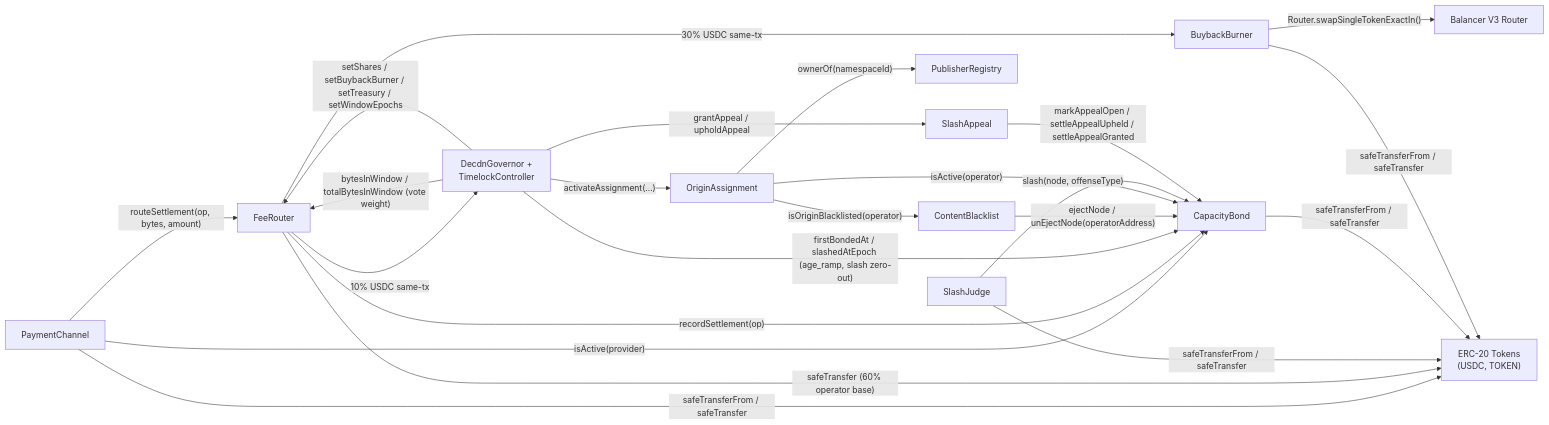
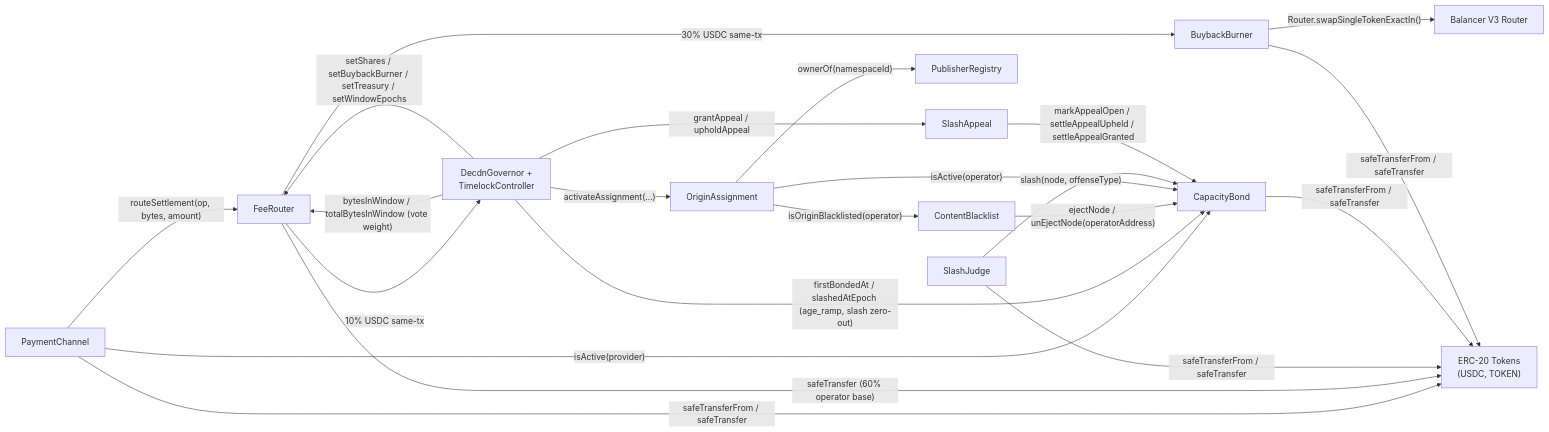
Before and after one commit to decdn/decdn: the third of 5 diagrams in adr/016-contract-interactions.md, drawn with Mermaid. The commit also changed other lines of this file and 70 other files, not shown here.

````diff
--- a/adr/016-contract-interactions.md
+++ b/adr/016-contract-interactions.md
@@ -385,38 +374,37 @@
 ```mermaid
 graph LR
     SPC["PaymentChannel"]
     CBOND["CapacityBond"]
     CB["ContentBlacklist"]
     PR["PublisherRegistry"]
     OA["OriginAssignment"]
     SJ["SlashJudge"]
     BB["BuybackBurner"]
     FR["FeeRouter"]
     SA["SlashAppeal"]
     GOV["DecdnGovernor +<br/>TimelockController"]
     ERC["ERC-20 Tokens<br/>(USDC, TOKEN)"]
     BAL["Balancer V3 Router"]
 
     SPC -->|"isActive(provider)"| CBOND
     SPC -->|"safeTransferFrom / safeTransfer"| ERC
     SPC -->|"routeSettlement(op, bytes, amount)"| FR
-    FR -->|"recordSettlement(op)"| CBOND
     FR -->|"30% USDC same-tx"| BB
     FR -->|"10% USDC same-tx"| GOV
     FR -->|"safeTransfer (60% operator base)"| ERC
     GOV -->|"bytesInWindow / totalBytesInWindow (vote weight)"| FR
     GOV -->|"firstBondedAt / slashedAtEpoch (age_ramp, slash zero-out)"| CBOND
     GOV -->|"grantAppeal / upholdAppeal"| SA
     GOV -->|"setShares / setBuybackBurner / setTreasury / setWindowEpochs"| FR
     CB -->|"ejectNode / unEjectNode(operatorAddress)"| CBOND
     OA -->|"isActive(operator)"| CBOND
     OA -->|"ownerOf(namespaceId)"| PR
     OA -->|"isOriginBlacklisted(operator)"| CB
     GOV -->|"activateAssignment(...)"| OA
     SJ -->|"slash(node, offenseType)"| CBOND
     SJ -->|"safeTransferFrom / safeTransfer"| ERC
     CBOND -->|"safeTransferFrom / safeTransfer"| ERC
     SA -->|"markAppealOpen / settleAppealUpheld / settleAppealGranted"| CBOND
     BB -->|"Router.swapSingleTokenExactIn()"| BAL
     BB -->|"safeTransferFrom / safeTransfer"| ERC
 ```
````
